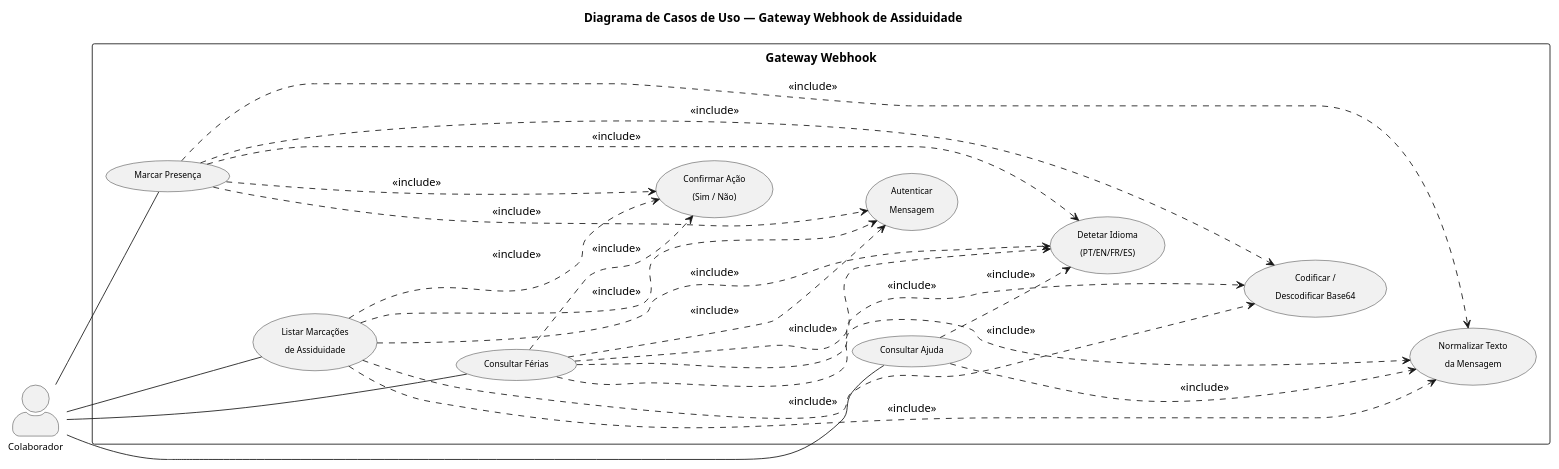
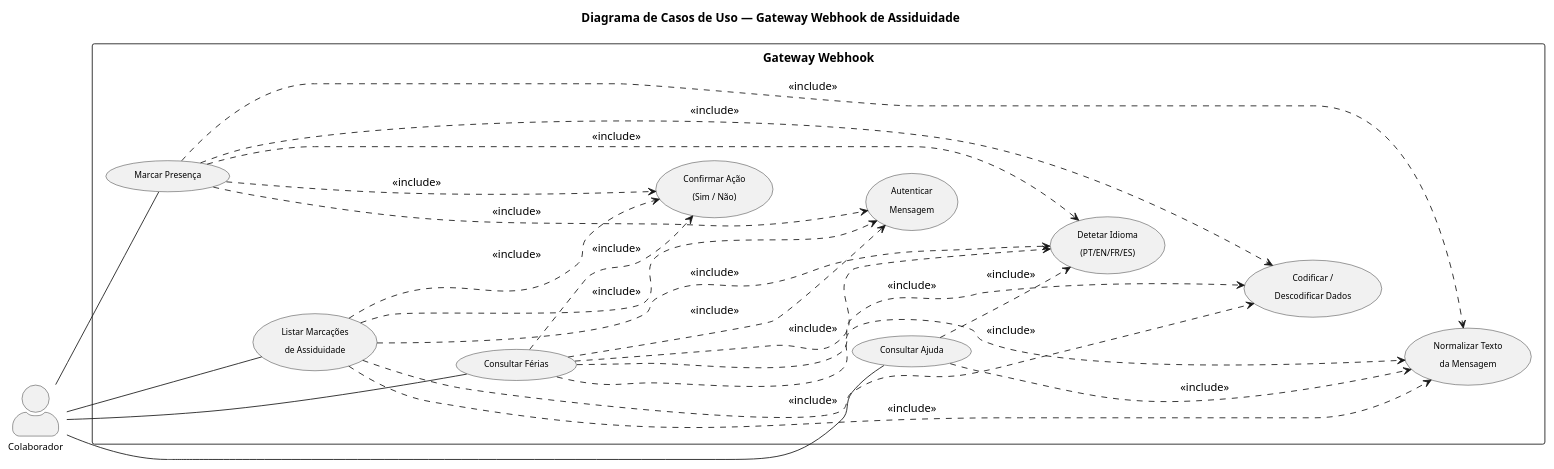
One commit to DVilela05/Estagio_ELO changed the diagram in Architecture-UML/01_caso_de_uso.puml. Above: the diagram before and after it, drawn with PlantUML. The commit also changed 10 other files, not shown here.

Commit message:
docs: add sequence diagrams for presence marking, vacation consultation, and attendance listing processes

```diff
--- a/Architecture-UML/01_caso_de_uso.puml
+++ b/Architecture-UML/01_caso_de_uso.puml
@@ -1,76 +1,76 @@
 @startuml caso_de_uso
 skinparam backgroundColor #FFFFFF
 skinparam shadowing false
 skinparam defaultFontName "Segoe UI"
 skinparam actorStyle awesome
 skinparam packageStyle rectangle
 skinparam usecaseFontSize 10
 skinparam actorFontSize 11
 skinparam nodesep 15
 skinparam ranksep 25
 skinparam padding 4
 left to right direction
 
 title Diagrama de Casos de Uso — Gateway Webhook de Assiduidade
 
 actor "Colaborador" as user
 
 rectangle "Gateway Webhook" {
 
     ' ─── Casos de uso principais ───────────────────────────
     usecase "Marcar Presença" as UC1
     usecase "Listar Marcações\nde Assiduidade" as UC2
     usecase "Consultar Férias" as UC9
     usecase "Consultar Ajuda" as UC3
 
     ' ─── Processos partilhados ─────────────────────────────
     usecase "Confirmar Ação\n(Sim / Não)" as UC4
     usecase "Autenticar\nMensagem" as UC5
     usecase "Detetar Idioma\n(PT/EN/FR/ES)" as UC6
-    usecase "Codificar /\nDescodificar Base64" as UC7
+    usecase "Codificar /\nDescodificar Dados" as UC7
     usecase "Normalizar Texto\nda Mensagem" as UC8
 
     ' ─── Ordenação vertical das colunas ────────────────────
     UC1 -[hidden]down- UC2
     UC2 -[hidden]down- UC9
     UC9 -[hidden]down- UC3
 
     UC4 -[hidden]down- UC5
     UC5 -[hidden]down- UC6
     UC6 -[hidden]down- UC7
     UC7 -[hidden]down- UC8
 
     UC1 -[hidden]right- UC4
 
     ' ─── UC1: Marcar Presença (todos os processos) ─────────
     UC1 ..> UC4 : <<include>>
     UC1 ..> UC5 : <<include>>
     UC1 ..> UC6 : <<include>>
     UC1 ..> UC7 : <<include>>
     UC1 ..> UC8 : <<include>>
 
     ' ─── UC2: Listar Marcações (todos exceto confirmar) ────
     UC2 ..> UC4 : <<include>>
     UC2 ..> UC5 : <<include>>
     UC2 ..> UC6 : <<include>>
     UC2 ..> UC7 : <<include>>
     UC2 ..> UC8 : <<include>>
 
     ' ─── UC9: Consultar Férias (todos) ─────────────────────
     UC9 ..> UC4 : <<include>>
     UC9 ..> UC5 : <<include>>
     UC9 ..> UC6 : <<include>>
     UC9 ..> UC7 : <<include>>
     UC9 ..> UC8 : <<include>>
 
     ' ─── UC3: Consultar Ajuda (só idioma e normalização) ───
     UC3 ..> UC6 : <<include>>
     UC3 ..> UC8 : <<include>>
 }
 
 user -- UC1
 user -- UC2
 user -- UC9
 user -- UC3
 
 @enduml
```
